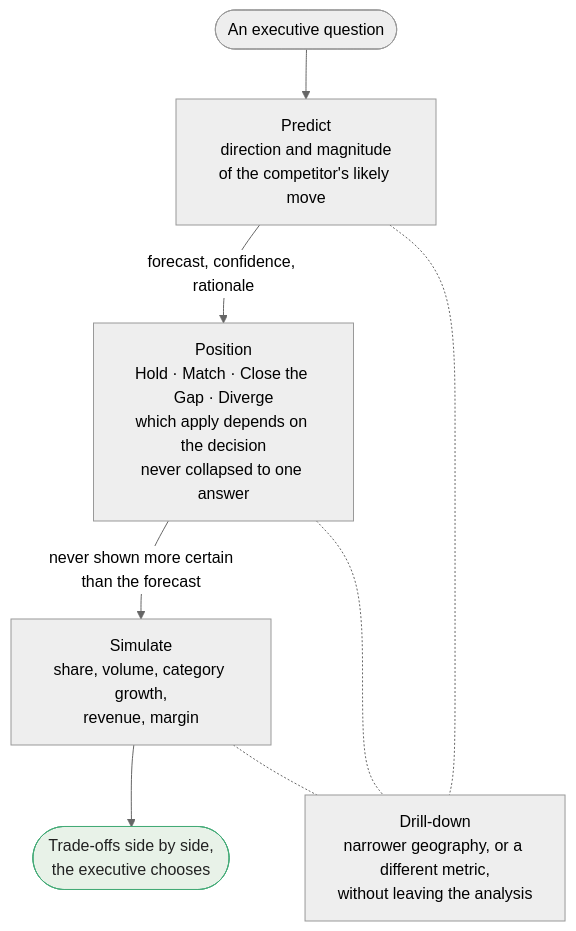
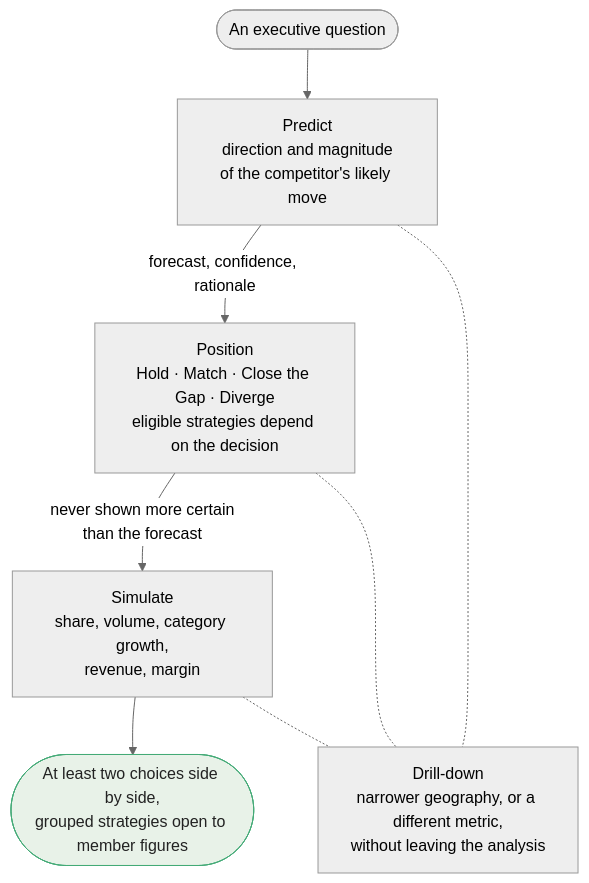
Before and after one commit to billy-atkins/price-horizon: the first of 4 diagrams in specs/application/product/architecture.md, drawn with Mermaid (neutral theme). The commit also changed other lines of this file and 13 other files, not shown here.

````diff
--- a/specs/application/product/architecture.md
+++ b/specs/application/product/architecture.md
@@ -103,19 +103,19 @@
 ```mermaid
 ---
 config:
   layout: dagre
 ---
 flowchart TD
     Q(["An executive question"]) --> P["Predict<br/>direction and magnitude<br/>of the competitor's likely move"]
-    P -->|"forecast, confidence, rationale"| POS["Position<br/>Hold · Match · Close the Gap · Diverge<br/>which apply depends on the decision<br/>never collapsed to one answer"]
+    P -->|"forecast, confidence, rationale"| POS["Position<br/>Hold · Match · Close the Gap · Diverge<br/>eligible strategies depend on the decision"]
     POS -->|"never shown more certain<br/>than the forecast"| SIM["Simulate<br/>share, volume, category growth,<br/>revenue, margin"]
-    SIM --> CHOICE(["Trade-offs side by side,<br/>the executive chooses"])
+    SIM --> CHOICE(["At least two choices side by side,<br/>grouped strategies open to member figures"])
 
     DRILL["Drill-down<br/>narrower geography, or a different metric,<br/>without leaving the analysis"]
     P -.- DRILL
     POS -.- DRILL
     SIM -.- DRILL
 
     classDef done fill:#e8f2e8,stroke:#4a7,color:#222
     class CHOICE done
 ```
````
